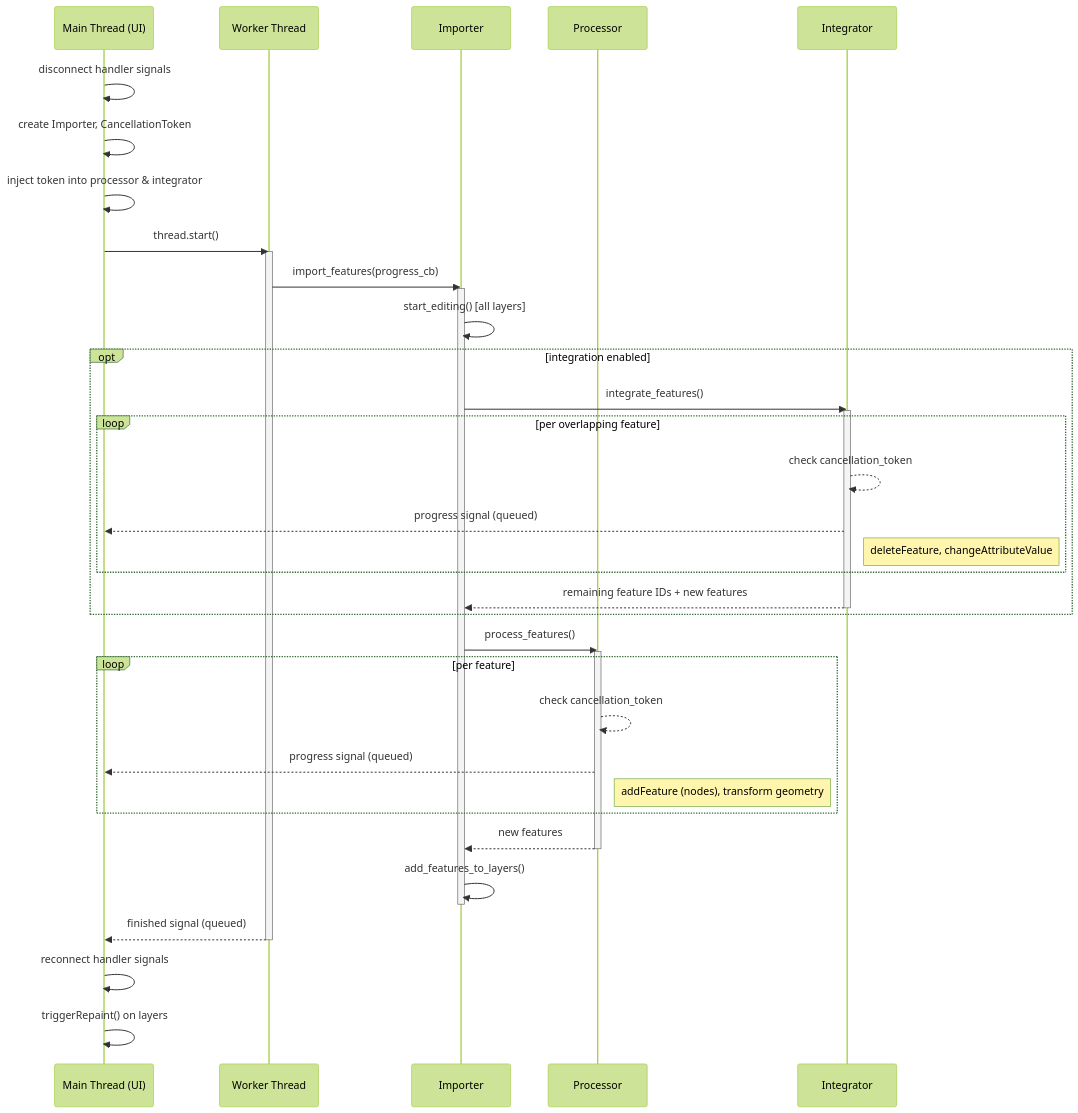
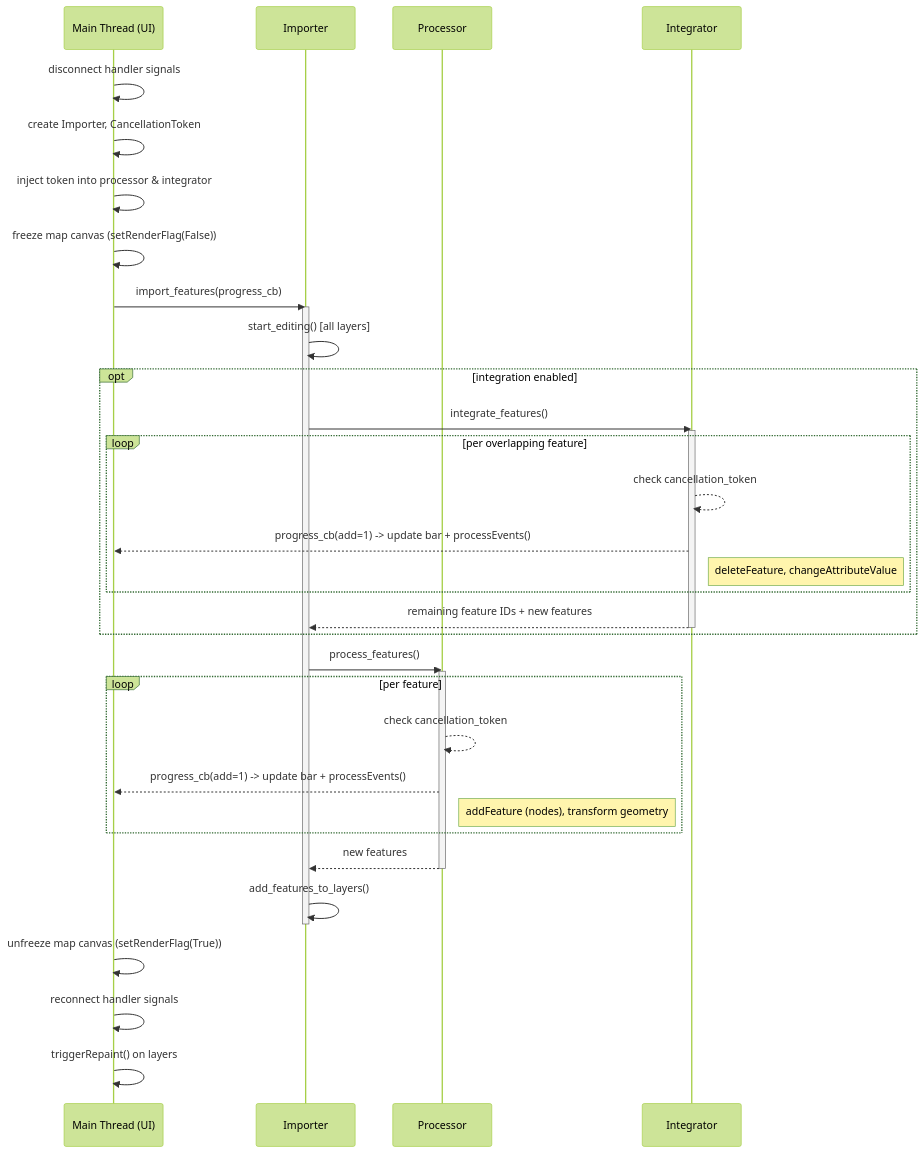
One commit to nens/threedi-schematisation-editor changed the first of 5 diagrams in threedi_schematisation_editor/vector_data_importer/DESIGN.md. Above: the diagram before and after it, drawn with Mermaid (forest theme). The commit also changed other lines of this file and 1 other file, not shown here.

Commit message:
Remove import worker and run import in main thread while retaining ability for cancelling and progress tracking (nens/rana#5117)

````diff
--- a/threedi_schematisation_editor/vector_data_importer/DESIGN.md
+++ b/threedi_schematisation_editor/vector_data_importer/DESIGN.md
@@ -24,49 +24,45 @@
 ```mermaid
 sequenceDiagram
     participant UI as Main Thread (UI)
-    participant Worker as Worker Thread
     participant Importer
     participant Processor
     participant Integrator
 
     UI->>UI: disconnect handler signals
     UI->>UI: create Importer, CancellationToken
     UI->>UI: inject token into processor & integrator
-    UI->>Worker: thread.start()
+    UI->>UI: freeze map canvas (setRenderFlag(False))
 
-    activate Worker
-    Worker->>Importer: import_features(progress_cb)
+    UI->>Importer: import_features(progress_cb)
     activate Importer
     Importer->>Importer: start_editing() [all layers]
 
     opt integration enabled
         Importer->>Integrator: integrate_features()
         activate Integrator
         loop per overlapping feature
             Integrator-->>Integrator: check cancellation_token
-            Integrator-->>UI: progress signal (queued)
+            Integrator-->>UI: progress_cb(add=1) -> update bar + processEvents()
             Note right of Integrator: deleteFeature, changeAttributeValue
         end
         Integrator-->>Importer: remaining feature IDs + new features
         deactivate Integrator
     end
 
     Importer->>Processor: process_features()
     activate Processor
     loop per feature
         Processor-->>Processor: check cancellation_token
-        Processor-->>UI: progress signal (queued)
+        Processor-->>UI: progress_cb(add=1) -> update bar + processEvents()
         Note right of Processor: addFeature (nodes), transform geometry
     end
     Processor-->>Importer: new features
     deactivate Processor
 
     Importer->>Importer: add_features_to_layers()
     deactivate Importer
 
-    Worker-->>UI: finished signal (queued)
-    deactivate Worker
-
+    UI->>UI: unfreeze map canvas (setRenderFlag(True))
     UI->>UI: reconnect handler signals
     UI->>UI: triggerRepaint() on layers
 ```
````
